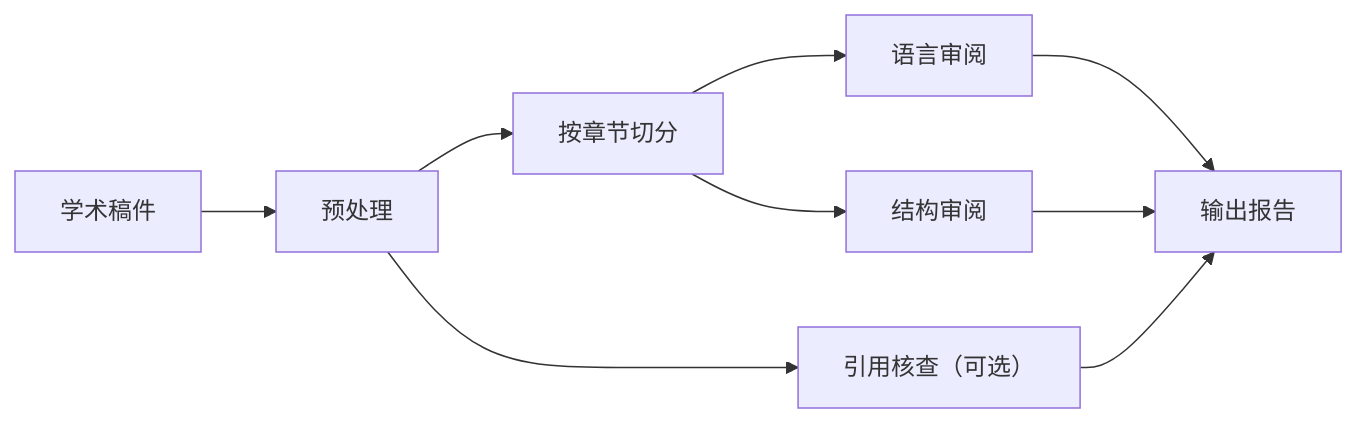
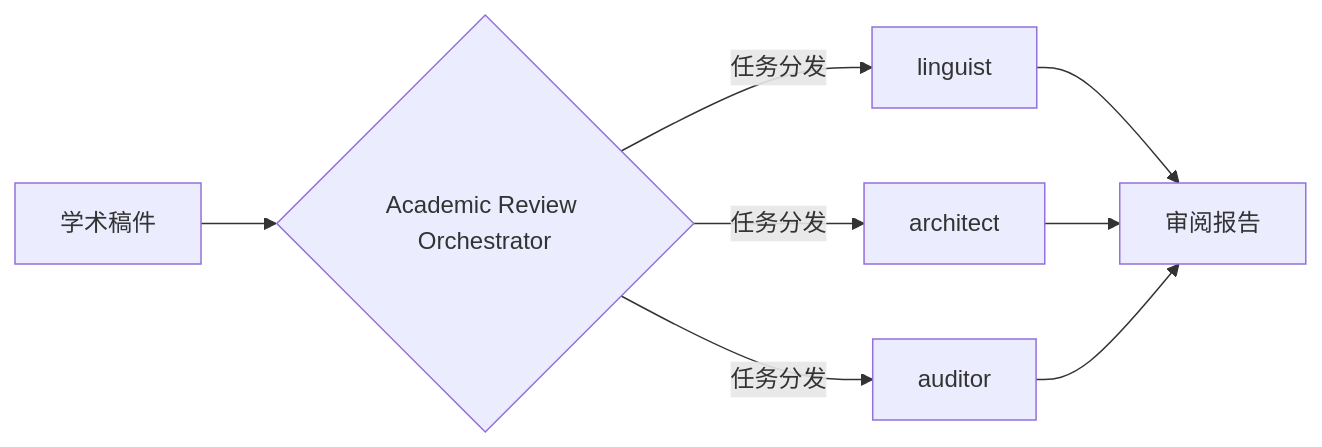
Before and after one commit to Jidi1997/academic-auto-reviewer: the diagram in README_zh.md, drawn with Mermaid. The commit also changed other lines of this file and 1 other file, not shown here.

````diff
--- a/README_zh.md
+++ b/README_zh.md
@@ -69,11 +66,10 @@
 ```mermaid
 graph LR
-    A["学术稿件"] --> B["预处理"]
-    B --> C["按章节切分"]
-    C --> D["语言审阅"]
-    C --> E["结构审阅"]
-    B --> F["引用核查（可选）"]
-    D --> G["输出报告"]
-    E --> G
-    F --> G
+    Input["学术稿件"] --> orchestrator{"Academic Review Orchestrator"}
+    orchestrator -->|"任务分发"| linguist["linguist"]
+    orchestrator -->|"任务分发"| architect["architect"]
+    orchestrator -->|"任务分发"| auditor["auditor"]
+    linguist --> Output["审阅报告"]
+    architect --> Output
+    auditor --> Output
 ```
````
